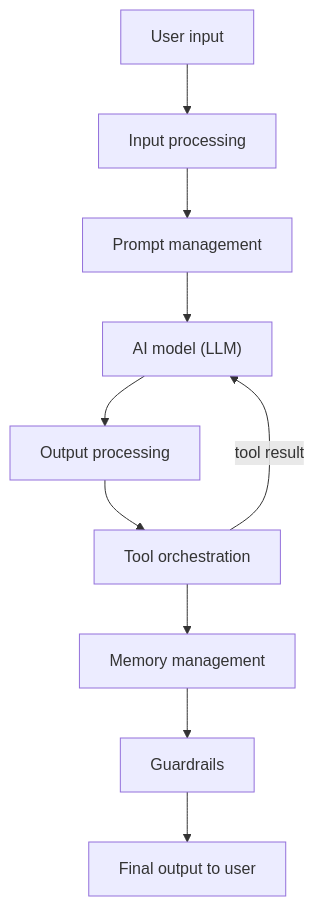
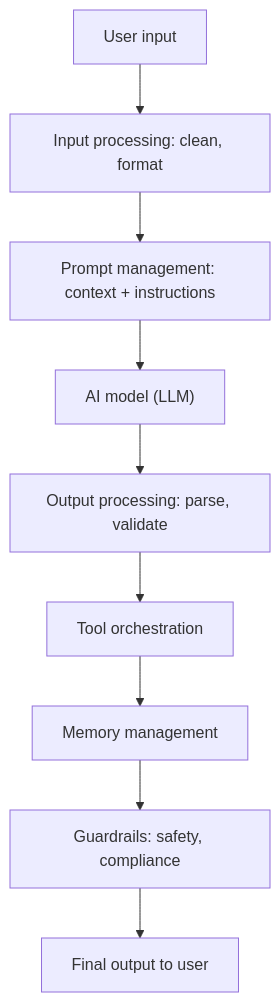
Before and after one commit to kaisarnajar/outcome-school-blogs: the second of 2 diagrams in notes/step-11-agentic-engineering-and-agent-frameworks/138-harness-engineering-in-ai.md, drawn with Mermaid. The commit also changed other lines of this file and 233 other files, not shown here.

````diff
--- a/notes/step-11-agentic-engineering-and-agent-frameworks/138-harness-engineering-in-ai.md
+++ b/notes/step-11-agentic-engineering-and-agent-frameworks/138-harness-engineering-in-ai.md
@@ -35,12 +66,11 @@
 ```mermaid
 flowchart TD
-    A["User input"] --> B["Input processing"]
-    B --> C["Prompt management"]
-    C --> D["AI model (LLM)"]
-    D --> E["Output processing"]
-    E --> F["Tool orchestration"]
-    F -->|"tool result"| D
-    F --> G["Memory management"]
-    G --> H["Guardrails"]
-    H --> I["Final output to user"]
+    A1["User input"] --> A2["Input processing: clean, format"]
+    A2 --> A3["Prompt management: context + instructions"]
+    A3 --> A4["AI model (LLM)"]
+    A4 --> A5["Output processing: parse, validate"]
+    A5 --> A6["Tool orchestration"]
+    A6 --> A7["Memory management"]
+    A7 --> A8["Guardrails: safety, compliance"]
+    A8 --> A9["Final output to user"]
 ```
````
